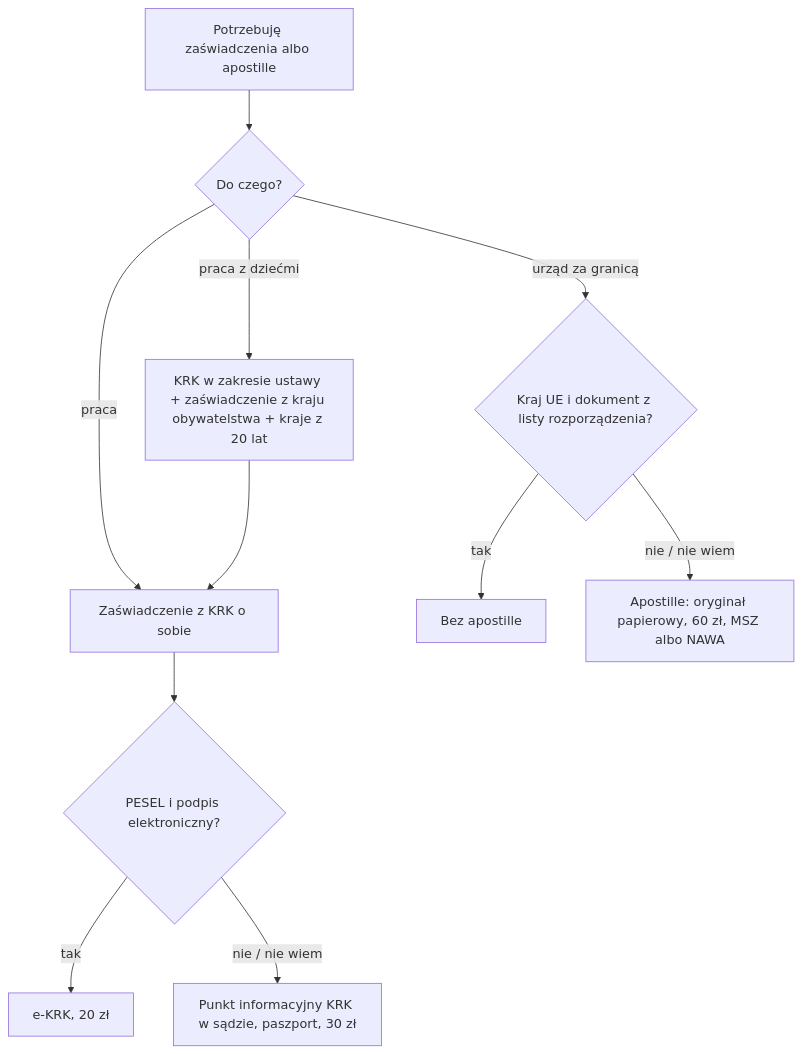
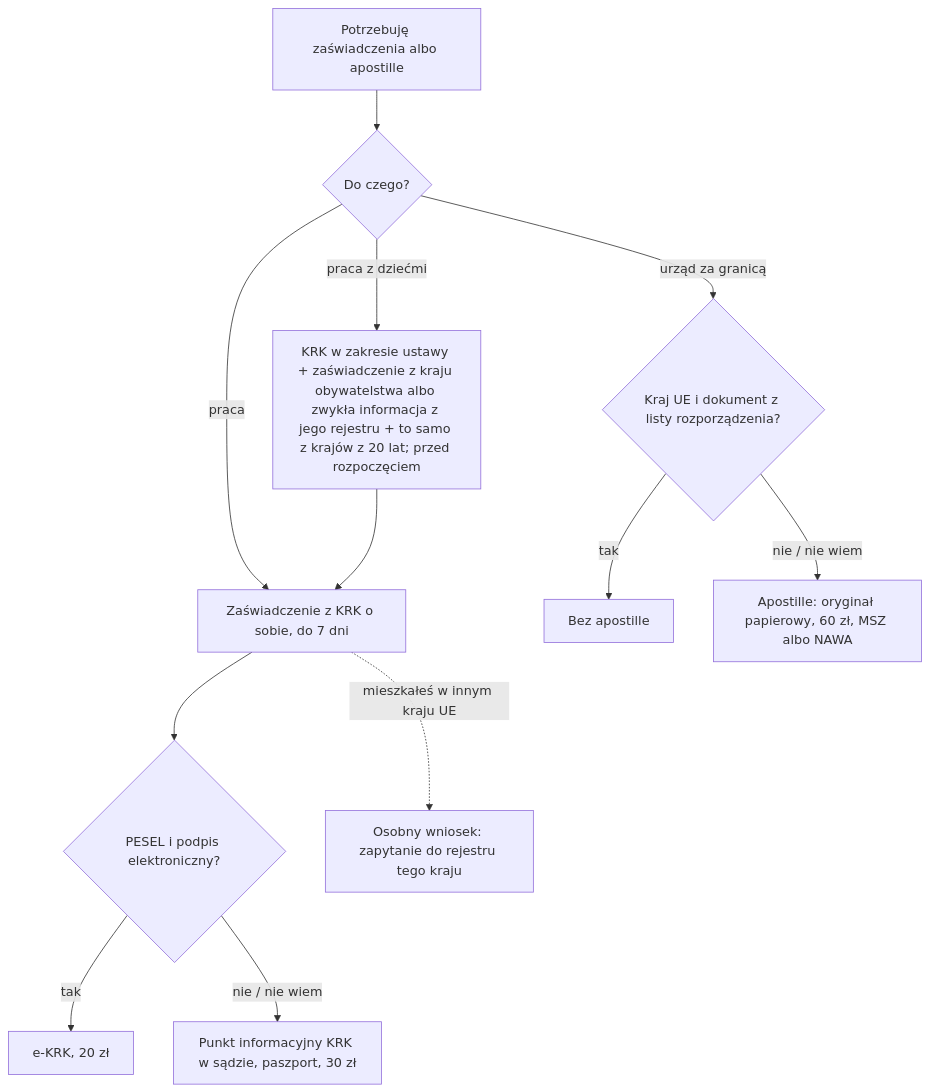
Before and after one commit to wrzalkosowskilukaszz/formalka-next: the diagram in docs/formalka-next/maps/certificates.md, drawn with Mermaid. The commit also changed other lines of this file and 9 other files, not shown here.

````diff
--- a/docs/formalka-next/maps/certificates.md
+++ b/docs/formalka-next/maps/certificates.md
@@ -85,13 +88,14 @@
 ```mermaid
 flowchart TD
   A[Potrzebuję zaświadczenia albo apostille] --> B{Do czego?}
-  B -- praca --> K[Zaświadczenie z KRK o sobie]
-  B -- praca z dziećmi --> D[KRK w zakresie ustawy + zaświadczenie z kraju obywatelstwa + kraje z 20 lat]
+  B -- praca --> K[Zaświadczenie z KRK o sobie, do 7 dni]
+  B -- praca z dziećmi --> D[KRK w zakresie ustawy + zaświadczenie z kraju obywatelstwa albo zwykła informacja z jego rejestru + to samo z krajów z 20 lat; przed rozpoczęciem]
   B -- urząd za granicą --> C{Kraj UE i dokument z listy rozporządzenia?}
   C -- tak --> N[Bez apostille]
   C -- nie / nie wiem --> P[Apostille: oryginał papierowy, 60 zł, MSZ albo NAWA]
   K --> E{PESEL i podpis elektroniczny?}
   E -- tak --> O[e-KRK, 20 zł]
   E -- nie / nie wiem --> Q[Punkt informacyjny KRK w sądzie, paszport, 30 zł]
   D --> K
+  K -. mieszkałeś w innym kraju UE .-> M[Osobny wniosek: zapytanie do rejestru tego kraju]
 ```
````
